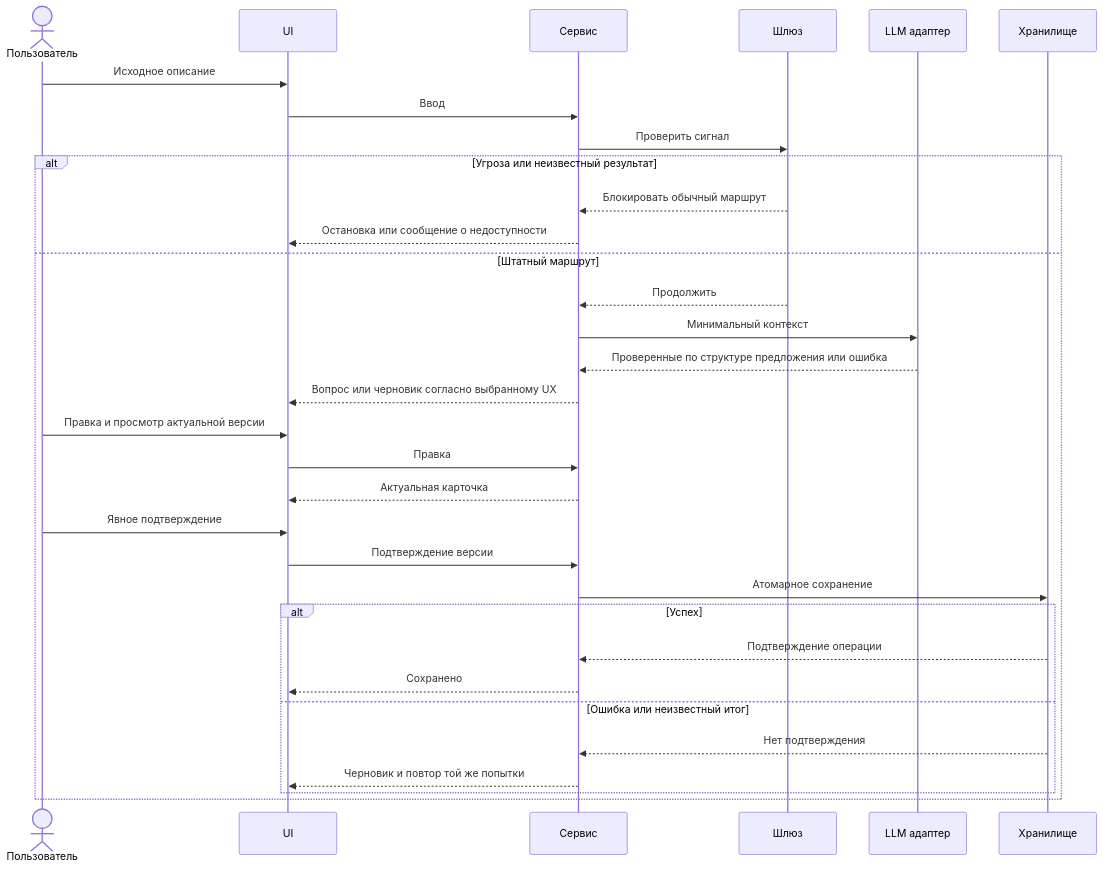
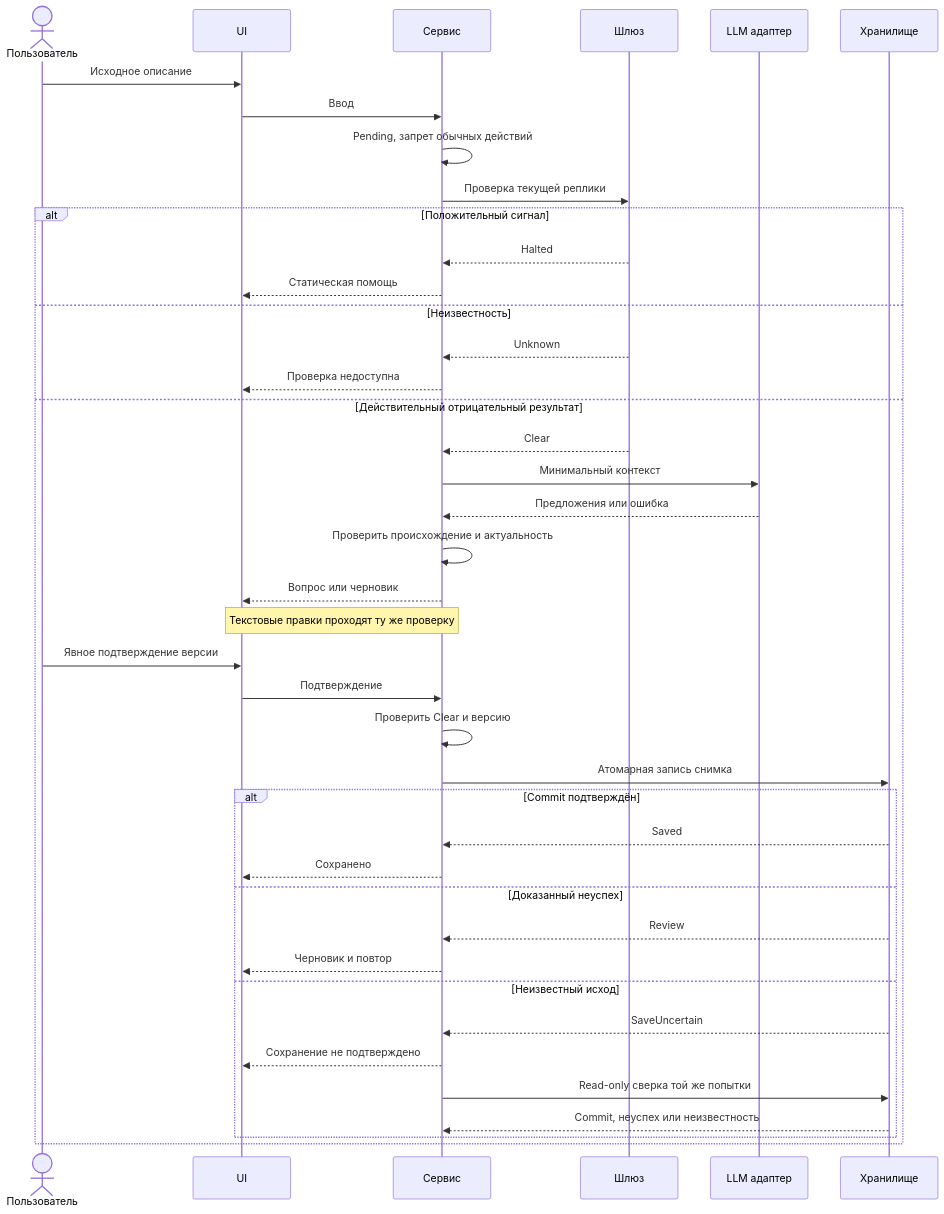
One commit to uralmetal/cbt-therapy-assistent changed the third of 3 diagrams in docs/architecture/architecture-overview.md. Above: the diagram before and after it, drawn with Mermaid. The commit also changed other lines of this file and 9 other files, not shown here.

Commit message:
docs(architecture): address independent review findings ARCH-R-001–004

````diff
--- a/docs/architecture/architecture-overview.md
+++ b/docs/architecture/architecture-overview.md
@@ -59,34 +77,43 @@
 ```mermaid
 sequenceDiagram
   actor U as Пользователь
   participant I as UI
   participant S as Сервис
   participant G as Шлюз
   participant L as LLM адаптер
   participant R as Хранилище
   U->>I: Исходное описание
   I->>S: Ввод
-  S->>G: Проверить сигнал
-  alt Угроза или неизвестный результат
-    G-->>S: Блокировать обычный маршрут
-    S-->>I: Остановка или сообщение о недоступности
-  else Штатный маршрут
-    G-->>S: Продолжить
+  S->>S: Pending, запрет обычных действий
+  S->>G: Проверка текущей реплики
+  alt Положительный сигнал
+    G-->>S: Halted
+    S-->>I: Статическая помощь
+  else Неизвестность
+    G-->>S: Unknown
+    S-->>I: Проверка недоступна
+  else Действительный отрицательный результат
+    G-->>S: Clear
     S->>L: Минимальный контекст
-    L-->>S: Проверенные по структуре предложения или ошибка
-    S-->>I: Вопрос или черновик согласно выбранному UX
-    U->>I: Правка и просмотр актуальной версии
-    I->>S: Правка
-    S-->>I: Актуальная карточка
-    U->>I: Явное подтверждение
-    I->>S: Подтверждение версии
-    S->>R: Атомарное сохранение
-    alt Успех
-      R-->>S: Подтверждение операции
+    L-->>S: Предложения или ошибка
+    S->>S: Проверить происхождение и актуальность
+    S-->>I: Вопрос или черновик
+    Note over I,S: Текстовые правки проходят ту же проверку
+    U->>I: Явное подтверждение версии
+    I->>S: Подтверждение
+    S->>S: Проверить Clear и версию
+    S->>R: Атомарная запись снимка
+    alt Commit подтверждён
+      R-->>S: Saved
       S-->>I: Сохранено
-    else Ошибка или неизвестный итог
-      R-->>S: Нет подтверждения
-      S-->>I: Черновик и повтор той же попытки
+    else Доказанный неуспех
+      R-->>S: Review
+      S-->>I: Черновик и повтор
+    else Неизвестный исход
+      R-->>S: SaveUncertain
+      S-->>I: Сохранение не подтверждено
+      S->>R: Read-only сверка той же попытки
+      R-->>S: Commit, неуспех или неизвестность
     end
   end
 ```
````
